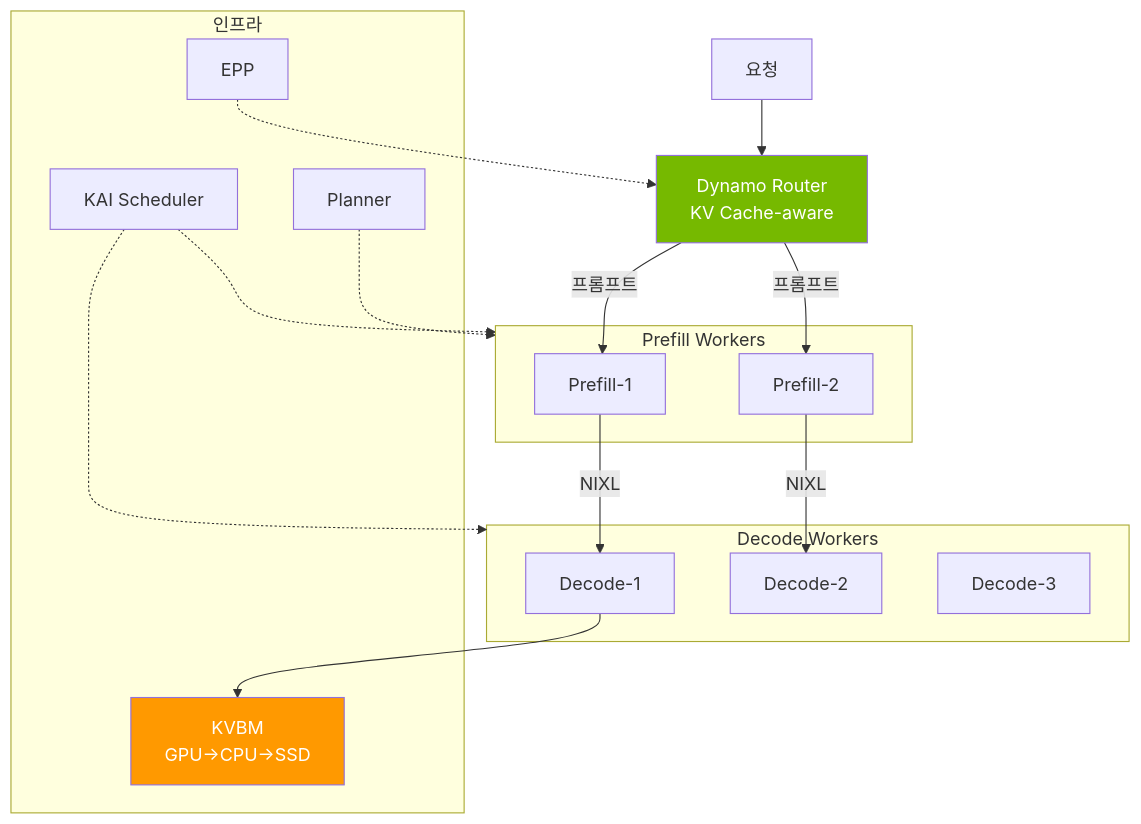
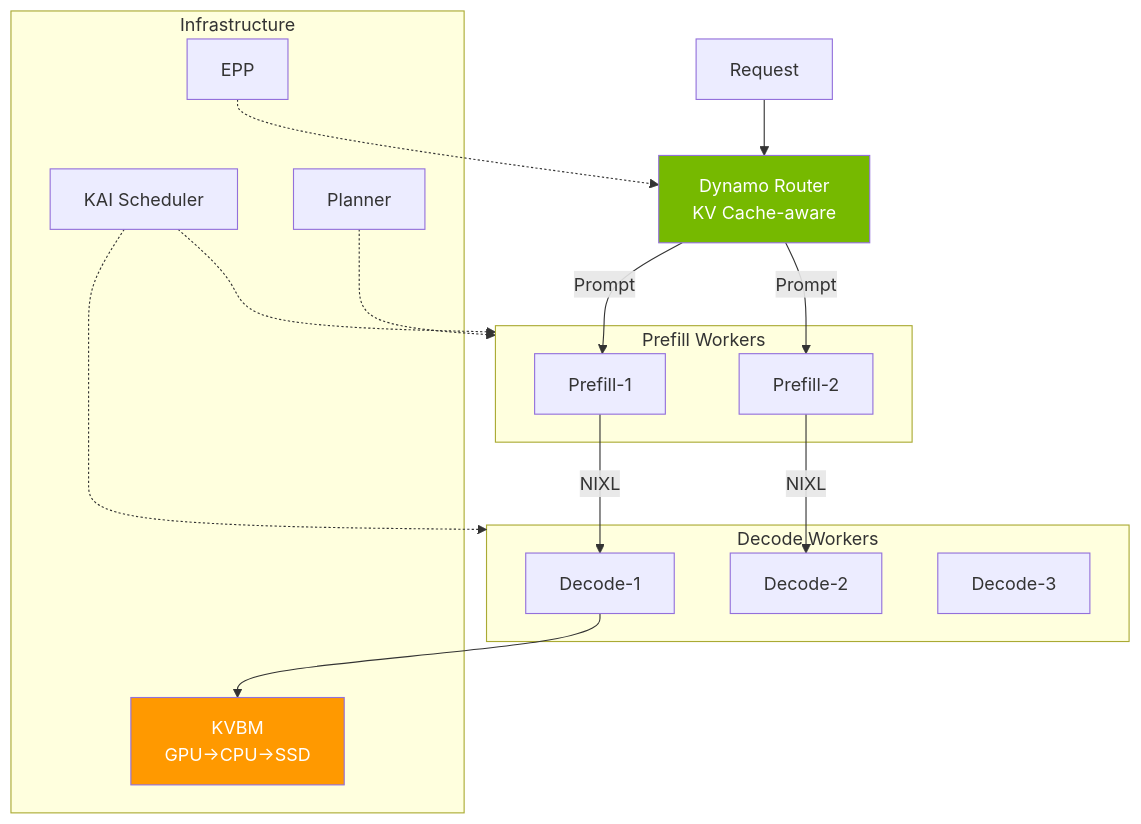
Before and after one commit to devfloor9/engineering-playbook: the second of 2 diagrams in docs/agentic-ai-platform/model-serving/gpu-infrastructure/nvidia-gpu-stack.md, drawn with Mermaid. The commit also changed other lines of this file and 954 other files, not shown here.

````diff
--- a/docs/agentic-ai-platform/model-serving/gpu-infrastructure/nvidia-gpu-stack.md
+++ b/docs/agentic-ai-platform/model-serving/gpu-infrastructure/nvidia-gpu-stack.md
@@ -423,36 +417,36 @@
 ```mermaid
 flowchart TD
-    CLIENT["요청"] --> ROUTER["Dynamo Router<br/>KV Cache-aware"]
+    CLIENT["Request"] --> ROUTER["Dynamo Router<br/>KV Cache-aware"]
 
     subgraph Prefill["Prefill Workers"]
         PF1["Prefill-1"]
         PF2["Prefill-2"]
     end
 
     subgraph Decode["Decode Workers"]
         DC1["Decode-1"]
         DC2["Decode-2"]
         DC3["Decode-3"]
     end
 
-    ROUTER -->|프롬프트| PF1
-    ROUTER -->|프롬프트| PF2
+    ROUTER -->|Prompt| PF1
+    ROUTER -->|Prompt| PF2
     PF1 -->|NIXL| DC1
     PF2 -->|NIXL| DC2
 
-    subgraph Infra["인프라"]
+    subgraph Infra["Infrastructure"]
         KVBM["KVBM<br/>GPU→CPU→SSD"]
         KAI["KAI Scheduler"]
         PLANNER["Planner"]
         EPP["EPP"]
     end
 
     DC1 --> KVBM
     KAI -.-> Prefill
     KAI -.-> Decode
     PLANNER -.-> Prefill
     EPP -.-> ROUTER
 
     style ROUTER fill:#76b900,color:#fff
     style KVBM fill:#ff9900,color:#fff
 ```
````
